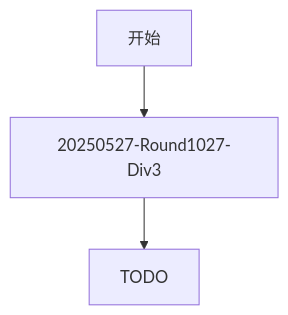
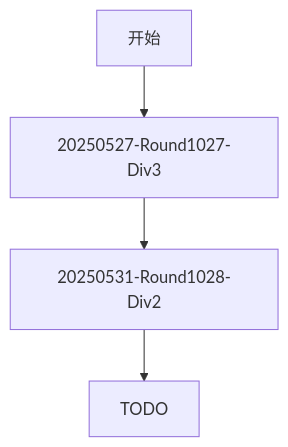
Before and after one commit to Thintime123/CodeforcesReflect: the diagram in README.md, drawn with Mermaid. The commit also changed other lines of this file, not shown here.

Commit message:
feat: add notes [20250531-Round1028-Div2]

````diff
--- a/README.md
+++ b/README.md
@@ -7,11 +7,13 @@
 ```mermaid
 graph TD
 A[开始] 
 -->
 B[20250527-Round1027-Div3]
 -->
+D[20250531-Round1028-Div2]
+-->
 C[TODO]
 %% B --> C{是否完成?}
 %% C -->|是| D[结束]
 %% C -->|否| B
 ```
````
